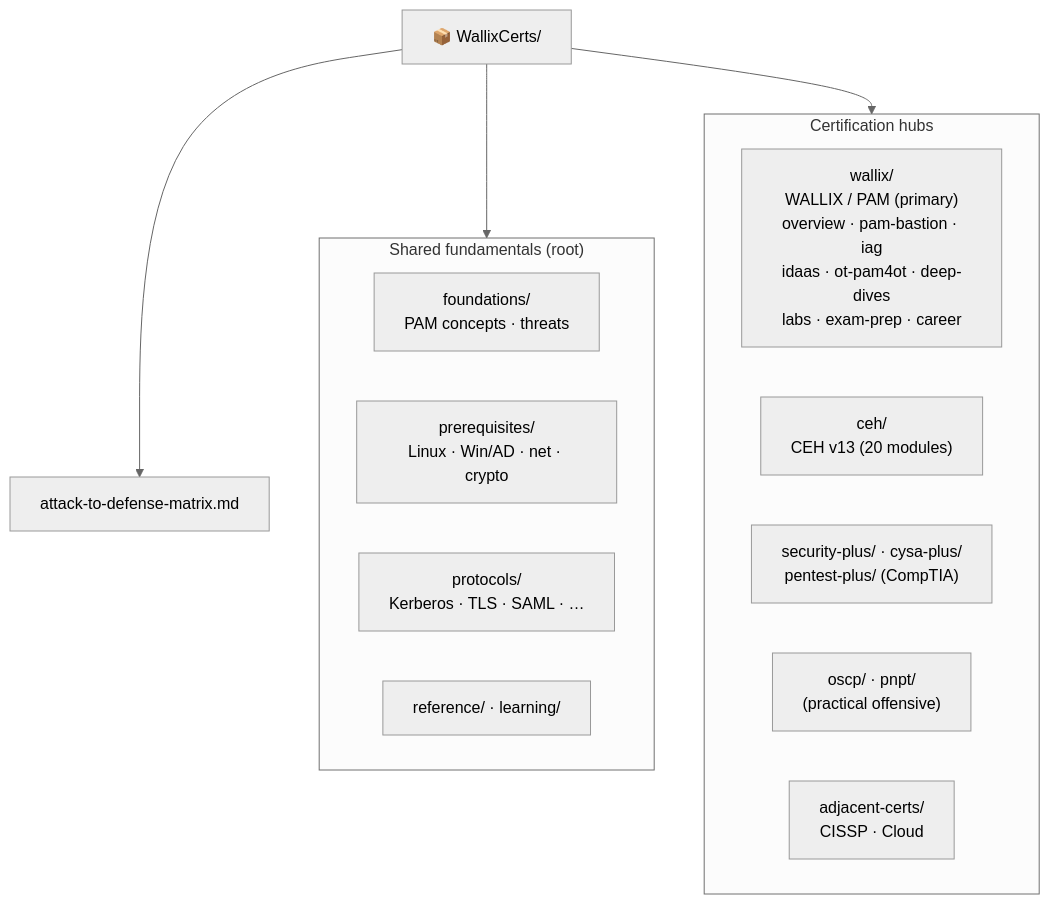
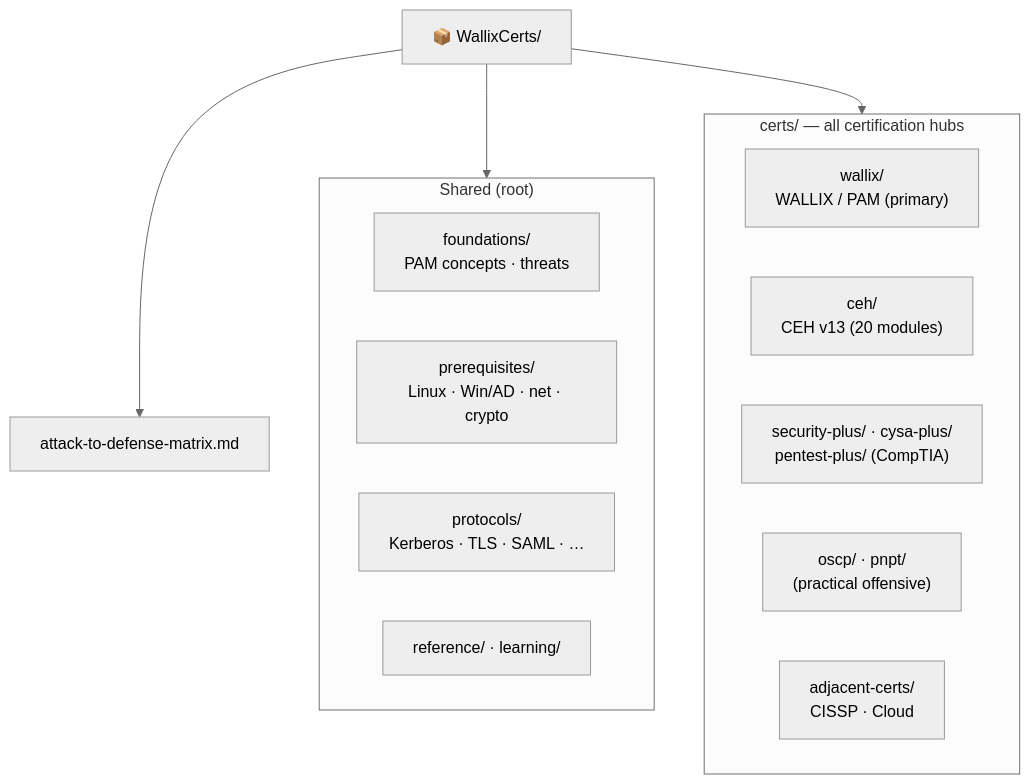
The third of 3 diagrams in README.md (morandeirachema/WallixCerts), drawn with Mermaid (neutral theme) before and after one commit. The commit also changed other lines of this file and 247 other files, not shown here.

First line of the commit message:
Reorganize: group all certification hubs under a single certs/ folder

````diff
--- a/README.md
+++ b/README.md
@@ -145,20 +145,20 @@
 ```mermaid
 flowchart TB
     Root["📦 WallixCerts/"]
-    subgraph SHARED["Shared fundamentals (root)"]
+    subgraph SHARED["Shared (root)"]
         FND["foundations/<br/>PAM concepts · threats"]
         PRE["prerequisites/<br/>Linux · Win/AD · net · crypto"]
         PRO["protocols/<br/>Kerberos · TLS · SAML · …"]
         REF["reference/ · learning/"]
     end
-    subgraph CERTS["Certification hubs"]
-        WAL["wallix/<br/>WALLIX / PAM (primary)<br/>overview · pam-bastion · iag<br/>idaas · ot-pam4ot · deep-dives<br/>labs · exam-prep · career"]
+    subgraph CERTS["certs/ — all certification hubs"]
+        WAL["wallix/<br/>WALLIX / PAM (primary)"]
         CEHD["ceh/<br/>CEH v13 (20 modules)"]
         SP["security-plus/ · cysa-plus/<br/>pentest-plus/ (CompTIA)"]
         OFF["oscp/ · pnpt/<br/>(practical offensive)"]
         ADJ["adjacent-certs/<br/>CISSP · Cloud"]
     end
     Root --> SHARED
     Root --> CERTS
     Root --> XC["attack-to-defense-matrix.md"]
 ```
````
